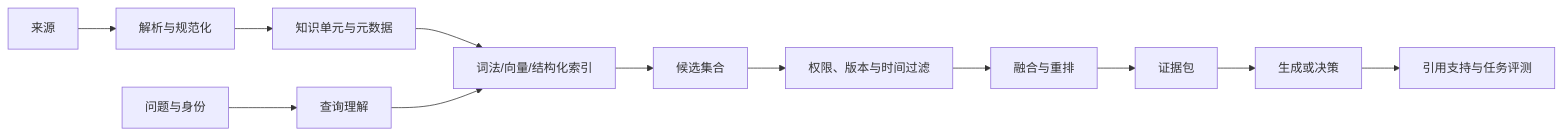
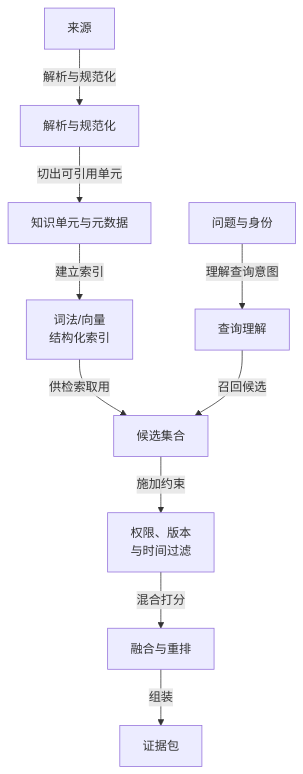
The first of 2 diagrams in vault/工程知识/AI 系统工程：从模型能力到生产能力/知识与检索/RAG的核心是选择可引用证据.md (hub138/technical-knowledge), drawn with Mermaid before and after one commit. The commit also changed other lines of this file and 622 other files, not shown here.

````diff
--- a/vault/工程知识/AI 系统工程：从模型能力到生产能力/知识与检索/RAG的核心是选择可引用证据.md
+++ b/vault/工程知识/AI 系统工程：从模型能力到生产能力/知识与检索/RAG的核心是选择可引用证据.md
@@ -30,14 +52,13 @@
 ```mermaid
-flowchart LR
-    D[来源] --> P[解析与规范化]
-    P --> U[知识单元与元数据]
-    U --> I[词法/向量/结构化索引]
-    Q[问题与身份] --> X[查询理解]
-    X --> I
-    I --> C[候选集合]
-    C --> F[权限、版本与时间过滤]
-    F --> R[融合与重排]
-    R --> B[证据包]
-    B --> G[生成或决策]
-    G --> V[引用支持与任务评测]
+flowchart TD
+    D[来源] -->|解析与规范化| P[解析与规范化]
+    P -->|切出可引用单元| U[知识单元与元数据]
+    U -->|建立索引| I[词法/向量<br/>结构化索引]
+    I -->|供检索取用| C[候选集合]
+
+    Q[问题与身份] -->|理解查询意图| X[查询理解]
+    X -->|召回候选| C
+    C -->|施加约束| F[权限、版本<br/>与时间过滤]
+    F -->|混合打分| R[融合与重排]
+    R -->|组装| B[证据包]
 ```
````
